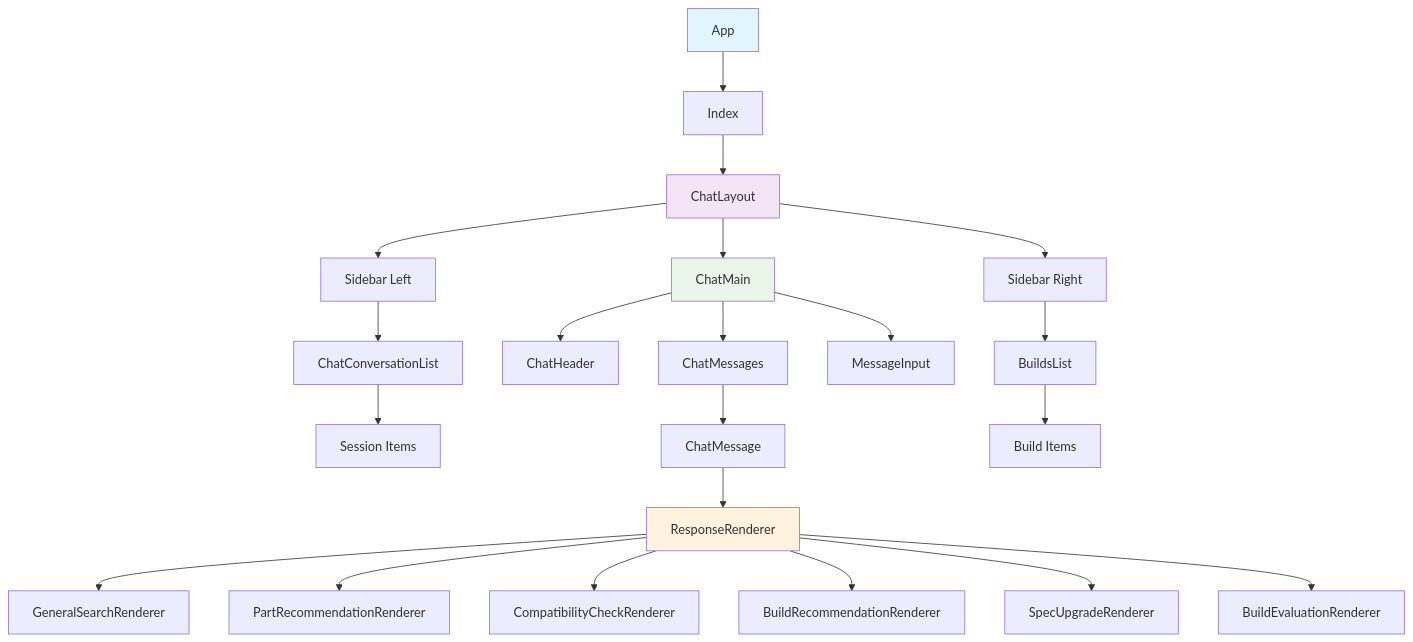
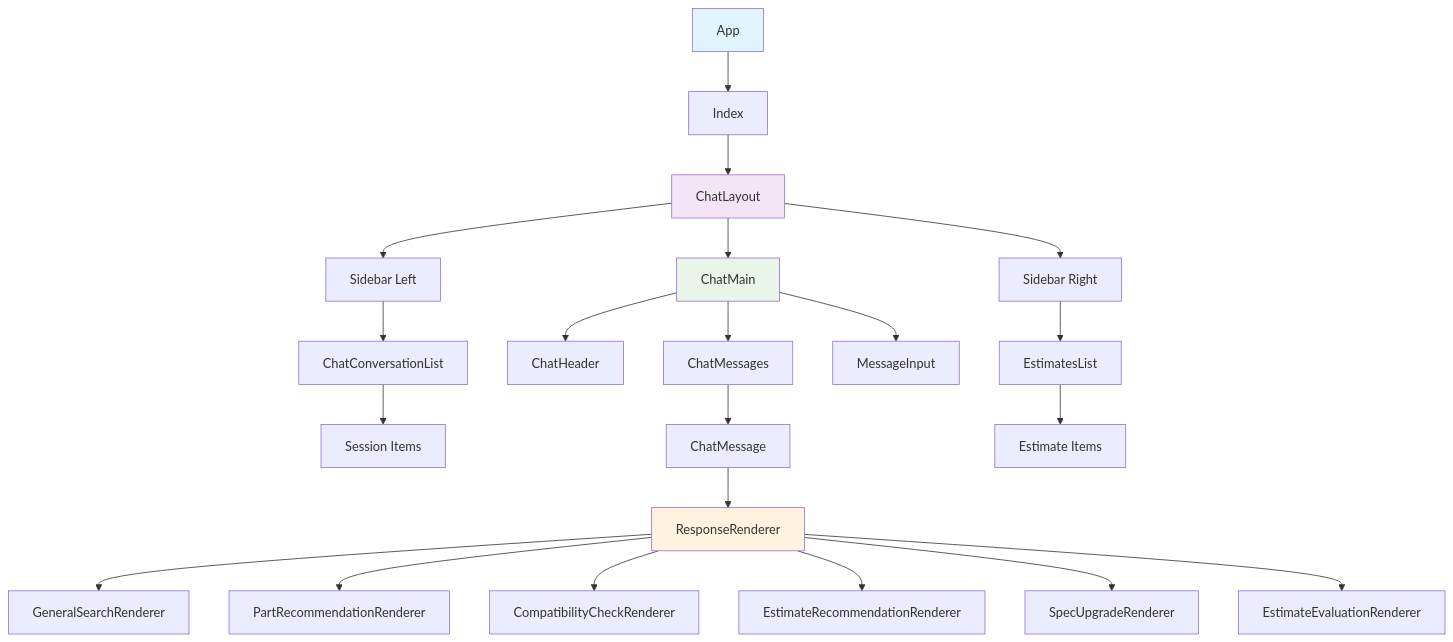
The second of 14 diagrams in docs/design-specification.md (p0pular131/askspec-chat-assistant), drawn with Mermaid before and after one commit. The commit also changed other lines of this file, not shown here.

````diff
--- a/docs/design-specification.md
+++ b/docs/design-specification.md
@@ -86,34 +77,34 @@
 ```mermaid
 graph TD
     A[App] --> B[Index]
     B --> C[ChatLayout]
     
     C --> D[Sidebar Left]
     C --> E[ChatMain]
     C --> F[Sidebar Right]
     
     D --> G[ChatConversationList]
     G --> H[Session Items]
     
     E --> I[ChatHeader]
     E --> J[ChatMessages]
     E --> K[MessageInput]
     
     J --> L[ChatMessage]
     L --> M[ResponseRenderer]
     
     M --> N[GeneralSearchRenderer]
     M --> O[PartRecommendationRenderer]
     M --> P[CompatibilityCheckRenderer]
-    M --> Q[BuildRecommendationRenderer]
+    M --> Q[EstimateRecommendationRenderer]
     M --> R[SpecUpgradeRenderer]
-    M --> S[BuildEvaluationRenderer]
+    M --> S[EstimateEvaluationRenderer]
     
-    F --> T[BuildsList]
-    T --> U[Build Items]
+    F --> T[EstimatesList]
+    T --> U[Estimate Items]
     
     style A fill:#e1f5fe
     style C fill:#f3e5f5
     style E fill:#e8f5e8
     style M fill:#fff3e0
 ```
````
